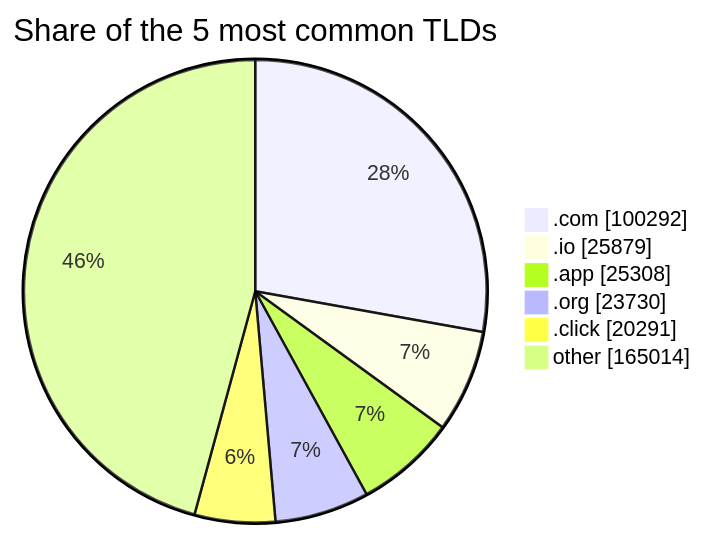
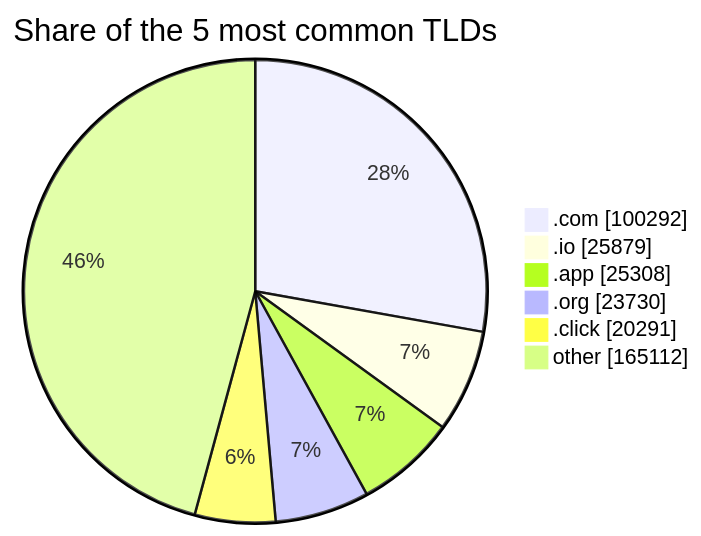
Before and after one commit to DNSBunker/CTI: the third of 3 diagrams in README.md, drawn with Mermaid. The commit also changed other lines of this file and 3 other files, not shown here.

````diff
--- a/README.md
+++ b/README.md
@@ -81,9 +81,9 @@
 ```mermaid
 pie showData title Share of the 5 most common TLDs
     ".com" : 100292
     ".io" : 25879
     ".app" : 25308
     ".org" : 23730
     ".click" : 20291
-    "other" : 165014
+    "other" : 165112
 ```
````
